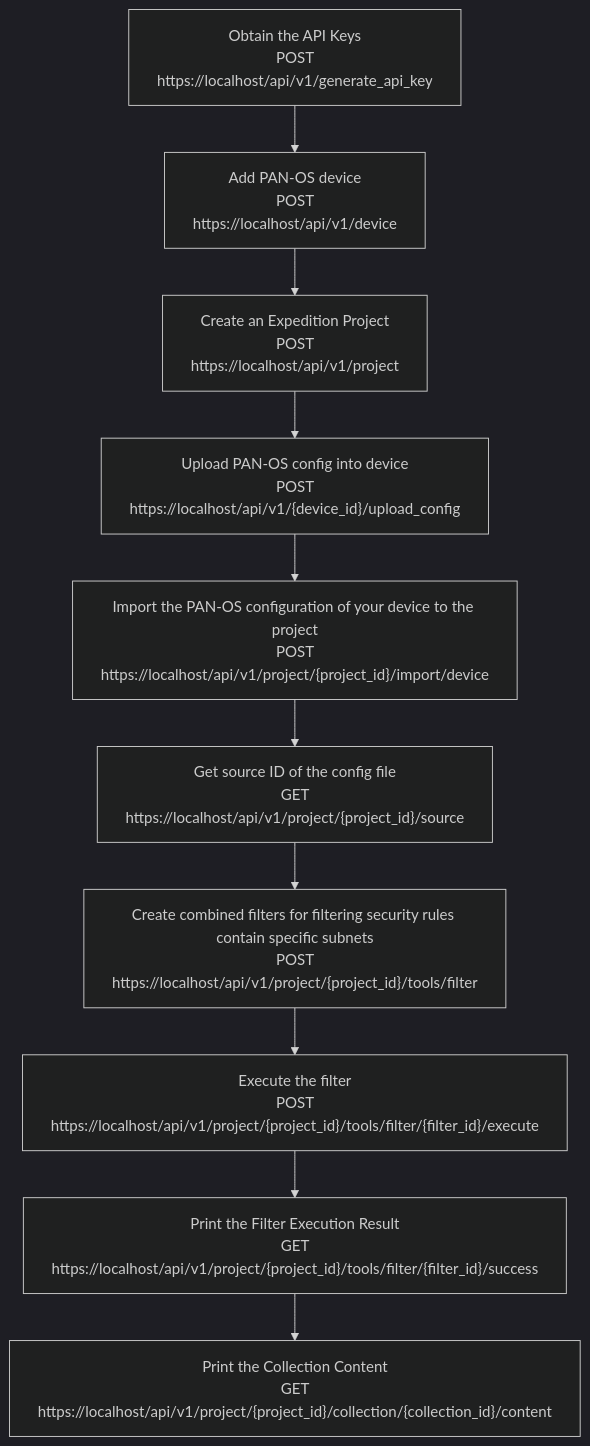
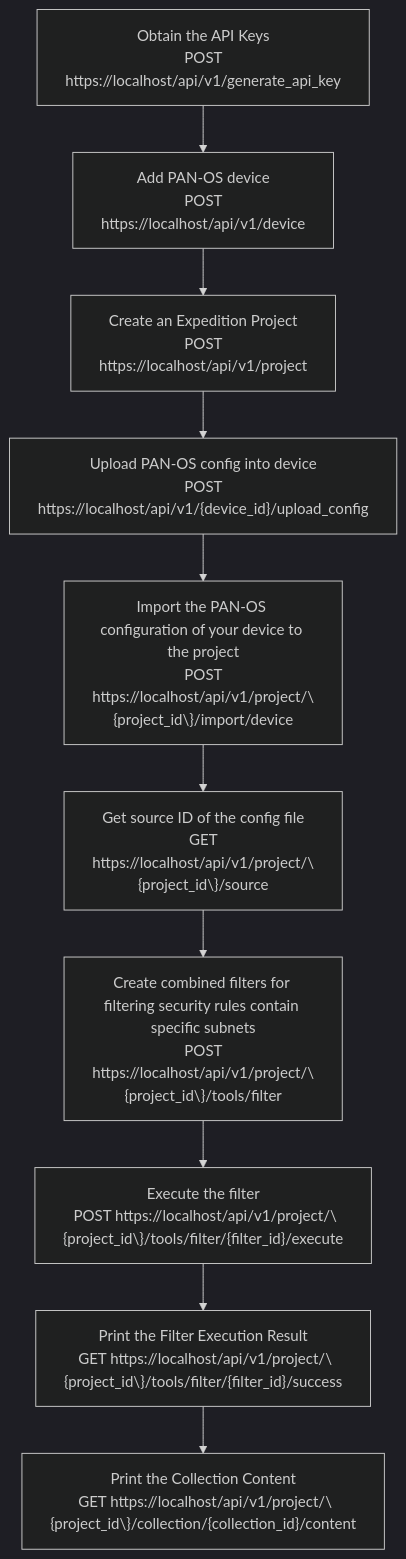
Before and after one commit to PaloAltoNetworks/pan.dev: the diagram in products/expedition/docs/expedition_workflow_searchrule.md, drawn with Mermaid (dark theme). The commit also changed other lines of this file and 63 other files, not shown here.

````diff
--- a/products/expedition/docs/expedition_workflow_searchrule.md
+++ b/products/expedition/docs/expedition_workflow_searchrule.md
@@ -39,13 +39,13 @@
 ```mermaid
 flowchart TB
     A[Obtain the API Keys<br/> POST https://localhost/api/v1/generate_api_key ] --> B[Add PAN-OS device<br/> POST https://localhost/api/v1/device]
     B[Add PAN-OS device<br/> POST https://localhost/api/v1/device]  --> C["Create an Expedition Project<br/> POST https://localhost/api/v1/project" ]
     C["Create an Expedition Project<br/> POST https://localhost/api/v1/project" ] --> D["Upload PAN-OS config into device<br/> POST https://localhost/api/v1/{device_id}/upload_config" ]
-    D["Upload PAN-OS config into device<br/> POST https://localhost/api/v1/{device_id}/upload_config"] --> E["Import the PAN-OS configuration of your device to the project<br/> POST https://localhost/api/v1/project/{project_id}/import/device"]
-    E["Import the PAN-OS configuration of your device to the project<br/> POST https://localhost/api/v1/project/{project_id}/import/device"] --> F["Get source ID of the config file<br/> GET https://localhost/api/v1/project/{project_id}/source"]
-    F["Get source ID of the config file<br/> GET https://localhost/api/v1/project/{project_id}/source"]--> G["Create combined filters for filtering security rules contain specific subnets<br/> POST https://localhost/api/v1/project/{project_id}/tools/filter"]
-    G["Create combined filters for filtering security rules contain specific subnets<br/> POST https://localhost/api/v1/project/{project_id}/tools/filter"] --> H["Execute the filter<br/> POST https://localhost/api/v1/project/{project_id}/tools/filter/{filter_id}/execute"]
-    H["Execute the filter<br/> POST https://localhost/api/v1/project/{project_id}/tools/filter/{filter_id}/execute"] --> I["Print the Filter Execution Result<br/> GET https://localhost/api/v1/project/{project_id}/tools/filter/{filter_id}/success"]
-    I["Print the Filter Execution Result<br/> GET https://localhost/api/v1/project/{project_id}/tools/filter/{filter_id}/success"] --> J["Print the Collection Content<br/> GET https://localhost/api/v1/project/{project_id}/collection/{collection_id}/content"]
+    D["Upload PAN-OS config into device<br/> POST https://localhost/api/v1/{device_id}/upload_config"] --> E["Import the PAN-OS configuration of your device to the project<br/> POST https://localhost/api/v1/project/\{project_id\}/import/device"]
+    E["Import the PAN-OS configuration of your device to the project<br/> POST https://localhost/api/v1/project/\{project_id\}/import/device"] --> F["Get source ID of the config file<br/> GET https://localhost/api/v1/project/\{project_id\}/source"]
+    F["Get source ID of the config file<br/> GET https://localhost/api/v1/project/\{project_id\}/source"]--> G["Create combined filters for filtering security rules contain specific subnets<br/> POST https://localhost/api/v1/project/\{project_id\}/tools/filter"]
+    G["Create combined filters for filtering security rules contain specific subnets<br/> POST https://localhost/api/v1/project/\{project_id\}/tools/filter"] --> H["Execute the filter<br/> POST https://localhost/api/v1/project/\{project_id\}/tools/filter/{filter_id}/execute"]
+    H["Execute the filter<br/> POST https://localhost/api/v1/project/\{project_id\}/tools/filter/{filter_id}/execute"] --> I["Print the Filter Execution Result<br/> GET https://localhost/api/v1/project/\{project_id\}/tools/filter/{filter_id}/success"]
+    I["Print the Filter Execution Result<br/> GET https://localhost/api/v1/project/\{project_id\}/tools/filter/{filter_id}/success"] --> J["Print the Collection Content<br/> GET https://localhost/api/v1/project/\{project_id\}/collection/{collection_id}/content"]
 
 ```  
````
